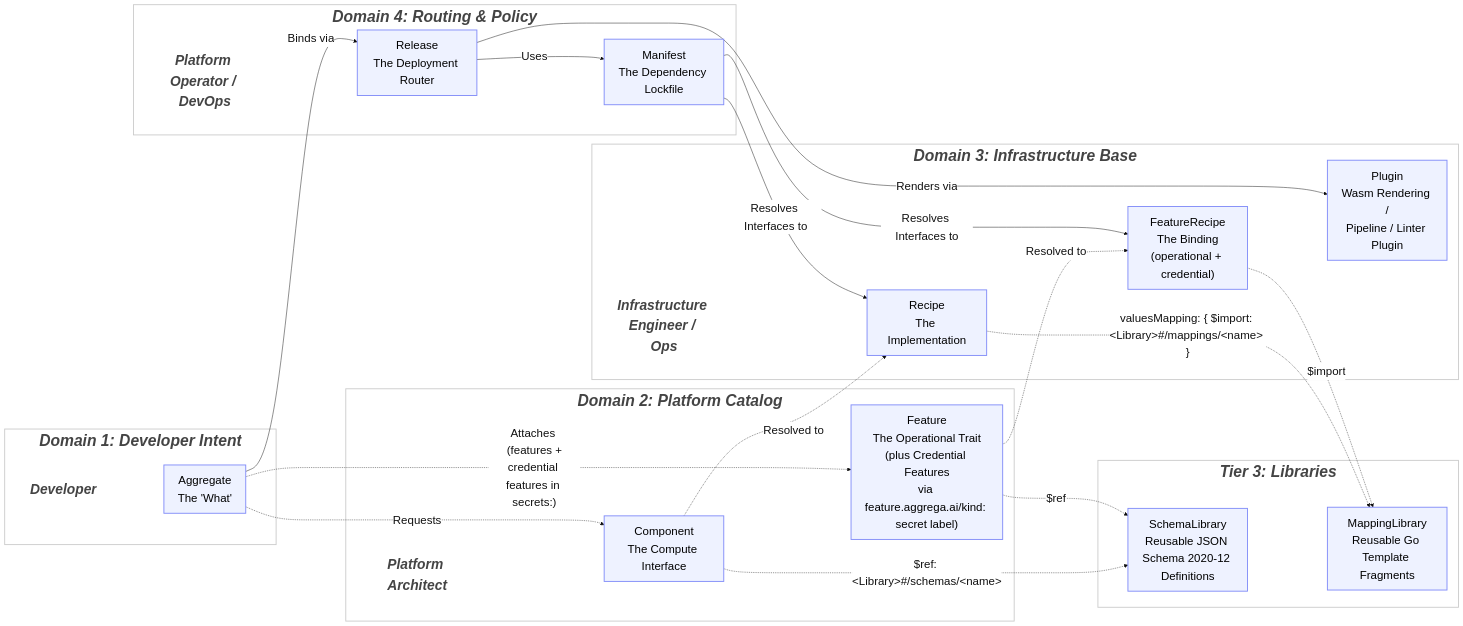
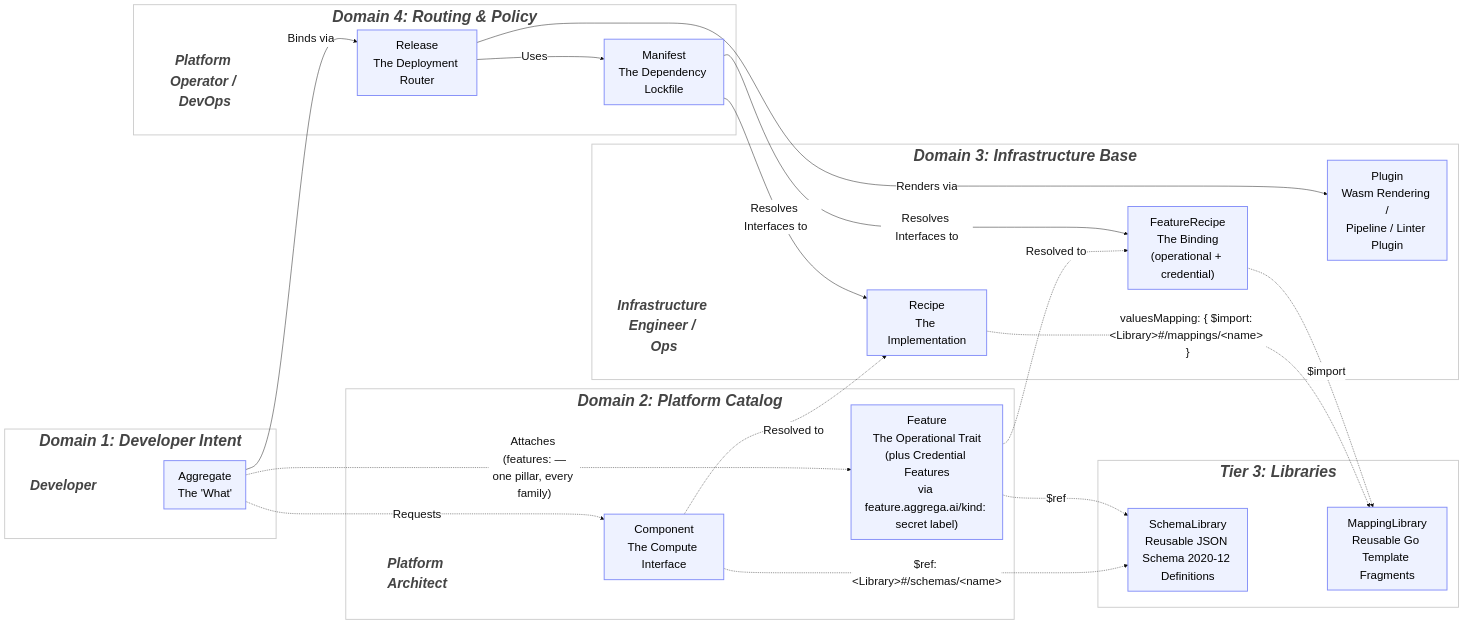
The diagram in architecture/04-eight-entity-taxonomy.md (aggrega-ai/aggrega-docs), drawn with Mermaid before and after one commit. The commit also changed other lines of this file and 90 other files, not shown here.

Commit message:
docs: teach one attachment family and source the mariadb chart credentials from the inject pipe

```diff
--- a/architecture/04-eight-entity-taxonomy.md
+++ b/architecture/04-eight-entity-taxonomy.md
@@ -5,81 +5,81 @@
 ~~~mermaid
 %%{
   init: {
     'theme': 'base',
     'themeVariables': {
       'fontSize': '25px',
       'fontFamily': 'sans-serif',
       'primaryTextColor': '#111',
       'edgeLabelBackground': '#ffffff',
       'clusterBkg': '#fafafa',
       'clusterBorder': '#cccccc'
     }
   }
 }%%
 graph LR
     classDef domain fill:transparent,stroke:#cccccc,stroke-width:2px,font-weight:bold,font-style:italic,font-size:34px,color:#444;
     classDef role fill:transparent,stroke:none,font-weight:bold,font-style:italic,font-size:30px,color:#444;
     classDef baseNode fill:#eef2ff,stroke:#818cf8,stroke-width:2px,font-size:25px,color:#000;
 
     subgraph D1 ["Domain 1: Developer Intent"]
         P1["Developer"]:::role
         A["Aggregate<br/>The 'What'"]:::baseNode
         P1 ~~~ A
     end
 
     subgraph D2 ["Domain 2: Platform Catalog"]
         P2["Platform Architect"]:::role
         CC["Component<br/>The Compute Interface"]:::baseNode
         CapC["Feature<br/>The Operational Trait<br/>(plus Credential Features<br/>via feature.aggrega.ai/kind: secret label)"]:::baseNode
         P2 ~~~ CC
         CC ~~~ CapC
     end
 
     subgraph D4 ["Domain 4: Routing & Policy"]
         P4["Platform Operator / DevOps"]:::role
         EB["Release<br/>The Deployment Router"]:::baseNode
         ENV["Manifest<br/>The Dependency Lockfile"]:::baseNode
         P4 ~~~ EB
         EB ~~~ ENV
     end
 
     subgraph D3 ["Domain 3: Infrastructure Base"]
         P3["Infrastructure Engineer / Ops"]:::role
         CD["Recipe<br/>The Implementation"]:::baseNode
         CapD["FeatureRecipe<br/>The Binding<br/>(operational + credential)"]:::baseNode
         T["Plugin<br/>Wasm Rendering /<br/>Pipeline / Linter Plugin"]:::baseNode
         P3 ~~~ CD
         CD ~~~ CapD
         CapD ~~~ T
     end
 
     subgraph DL ["Tier 3: Libraries"]
         SL["SchemaLibrary<br/>Reusable JSON Schema 2020-12 Definitions"]:::baseNode
         ML["MappingLibrary<br/>Reusable Go Template Fragments"]:::baseNode
         SL ~~~ ML
     end
 
     %% Logical Flow Connections
     A -.->|"Requests"| CC
-    A -.->|"Attaches (features +<br/>credential features in secrets:)"| CapC
+    A -.->|"Attaches (features: —<br/>one pillar, every family)"| CapC
     A -->|"Binds via"| EB
 
     CC -.->|"Resolved to"| CD
     CapC -.->|"Resolved to"| CapD
 
     EB -->|"Uses"| ENV
 
     ENV -->|"Resolves Interfaces to"| CD
     ENV -->|"Resolves Interfaces to"| CapD
 
     EB -->|"Renders via"| T
 
     %% Library references (Tier 3 — opt-in for catalogs needing cross-Component reuse)
     CC -.->|"$ref: &lt;Library&gt;#/schemas/&lt;name&gt;"| SL
     CapC -.->|"$ref"| SL
     CD -.->|"valuesMapping: { $import: &lt;Library&gt;#/mappings/&lt;name&gt; }"| ML
     CapD -.->|"$import"| ML
 
     %% Apply the domain class to the subgraphs
     class D1,D2,D3,D4,DL domain;
 ~~~
```
